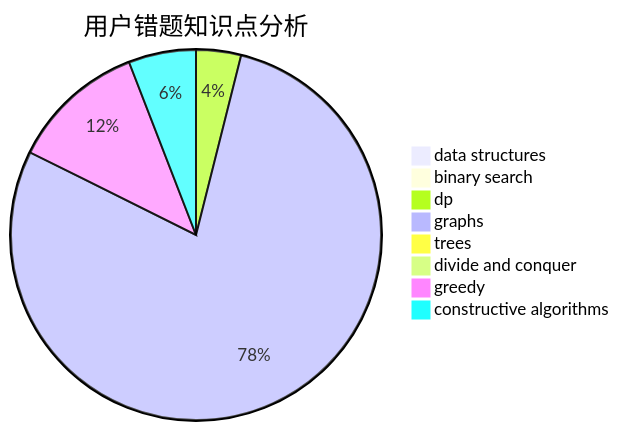
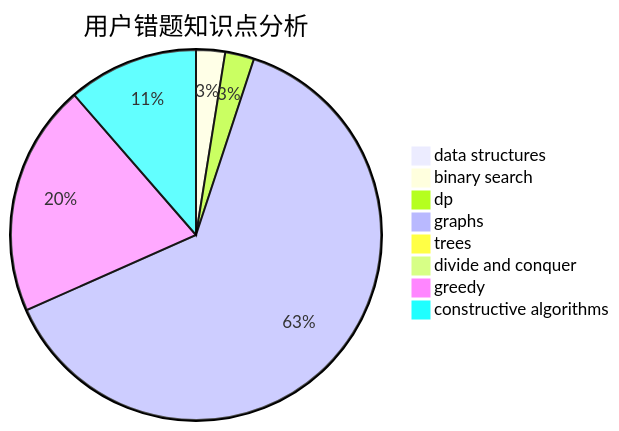
Before and after one commit to sherpahu/cfrs.github.io: the third of 3 diagrams in docs/user/u722.md, drawn with Mermaid. The commit also changed other lines of this file and 2770 other files, not shown here.

````diff
--- a/docs/user/u722.md
+++ b/docs/user/u722.md
@@ -36,11 +36,11 @@
 ```mermaid
 pie title 用户错题知识点分析
     "data structures" :  0
-    "binary search" :  0
+    "binary search" :  2
     "dp" :  2
-    "graphs" :  40
+    "graphs" :  50
     "trees" :  0
     "divide and conquer" :  0
-    "greedy" :  6
-    "constructive algorithms" :  3
+    "greedy" :  16
+    "constructive algorithms" :  9
 ```
````
